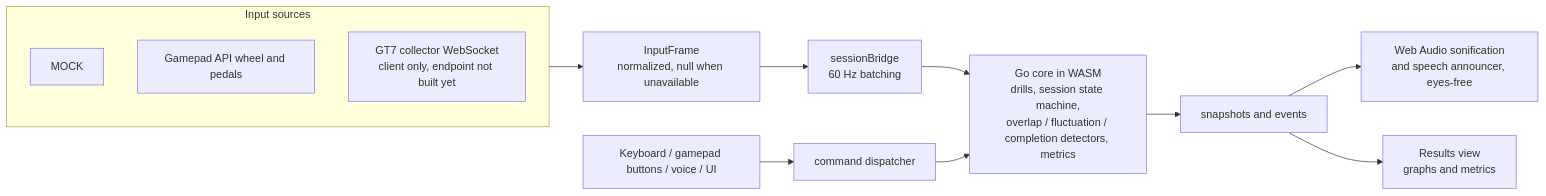
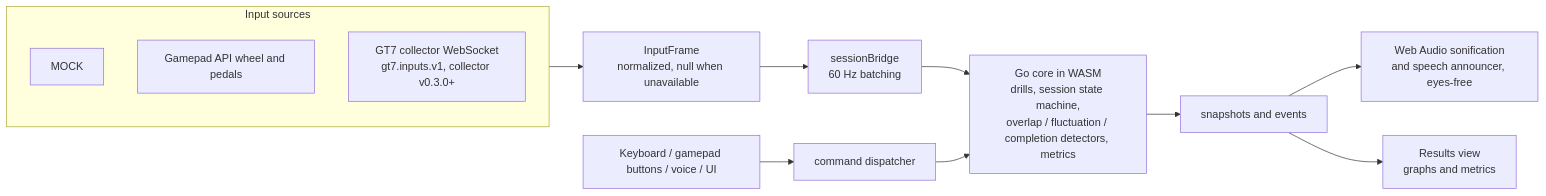
Before and after one commit to arush-sal/trail-braking-trainer: the diagram in README.md, drawn with Mermaid. The commit also changed other lines of this file and 51 other files, not shown here.

First line of the commit message:
feat: consume collector gt7.inputs.v1 (Phase 5, R-004, ADR 0011)

````diff
--- a/README.md
+++ b/README.md
@@ -44,15 +44,15 @@
 ```mermaid
 flowchart LR
   subgraph SRC[Input sources]
     M[MOCK]
     G[Gamepad API wheel and pedals]
-    C[GT7 collector WebSocket<br/>client only, endpoint not built yet]
+    C[GT7 collector WebSocket<br/>gt7.inputs.v1, collector v0.3.0+]
   end
   SRC --> F[InputFrame<br/>normalized, null when unavailable]
   F --> B[sessionBridge<br/>60 Hz batching]
   B --> W[Go core in WASM<br/>drills, session state machine,<br/>overlap / fluctuation / completion detectors, metrics]
   W --> S[snapshots and events]
   S --> A[Web Audio sonification<br/>and speech announcer, eyes-free]
   S --> R[Results view<br/>graphs and metrics]
   K[Keyboard / gamepad buttons / voice / UI] --> D[command dispatcher] --> W
 ```
````
